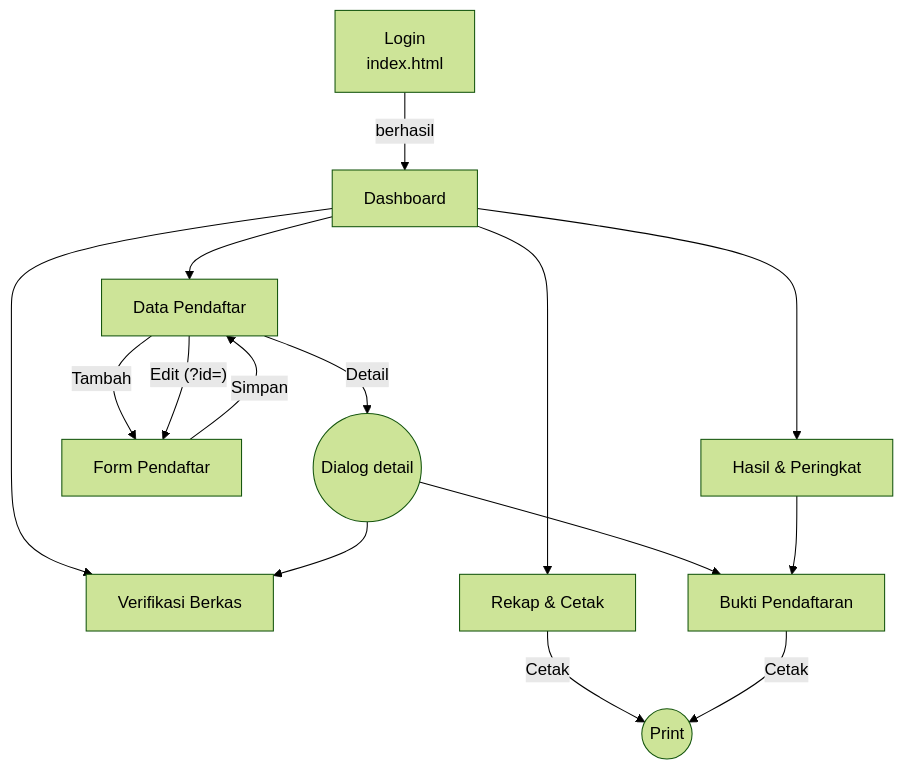
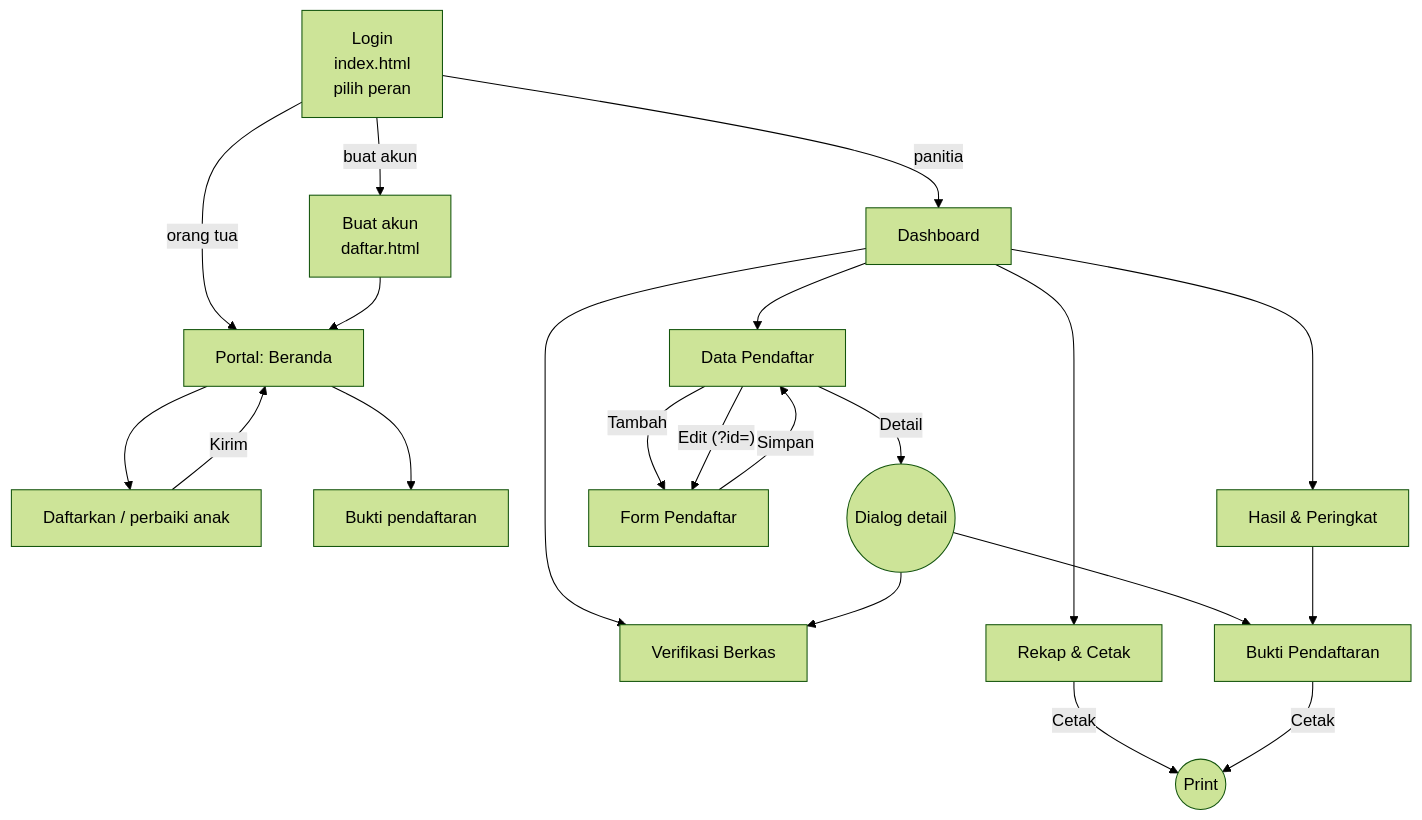
One commit to nurdinrhk-design/PROGRAMWEB_2 changed the first of 7 diagrams in docs/perancangan.md. Above: the diagram before and after it, drawn with Mermaid (forest theme). The commit also changed other lines of this file and 32 other files, not shown here.

First line of the commit message:
feat(14): dua peran pengguna — orang tua & panitia (revisi dosen)

````diff
--- a/docs/perancangan.md
+++ b/docs/perancangan.md
@@ -133,17 +135,22 @@
 ```mermaid
 flowchart TD
-    L["Login<br/>index.html"] -->|berhasil| D["Dashboard"]
+    L["Login<br/>index.html<br/>pilih peran"] -->|panitia| D["Dashboard"]
+    L -->|orang tua| PB["Portal: Beranda"]
+    L -->|buat akun| DA["Buat akun<br/>daftar.html"] --> PB
+    PB --> PF["Daftarkan / perbaiki anak"]
+    PB --> PK["Bukti pendaftaran"]
+    PF -->|Kirim| PB
     D --> M["Data Pendaftar"]
     D --> V["Verifikasi Berkas"]
     D --> H["Hasil & Peringkat"]
     D --> R["Rekap & Cetak"]
     M -->|Tambah| F["Form Pendaftar"]
     M -->|"Edit (?id=)"| F
     M -->|Detail| MD(("Dialog detail"))
     MD --> B["Bukti Pendaftaran"]
     MD --> V
     F -->|Simpan| M
     H --> B
     R -->|Cetak| P(("Print"))
     B -->|Cetak| P
 ```
````
